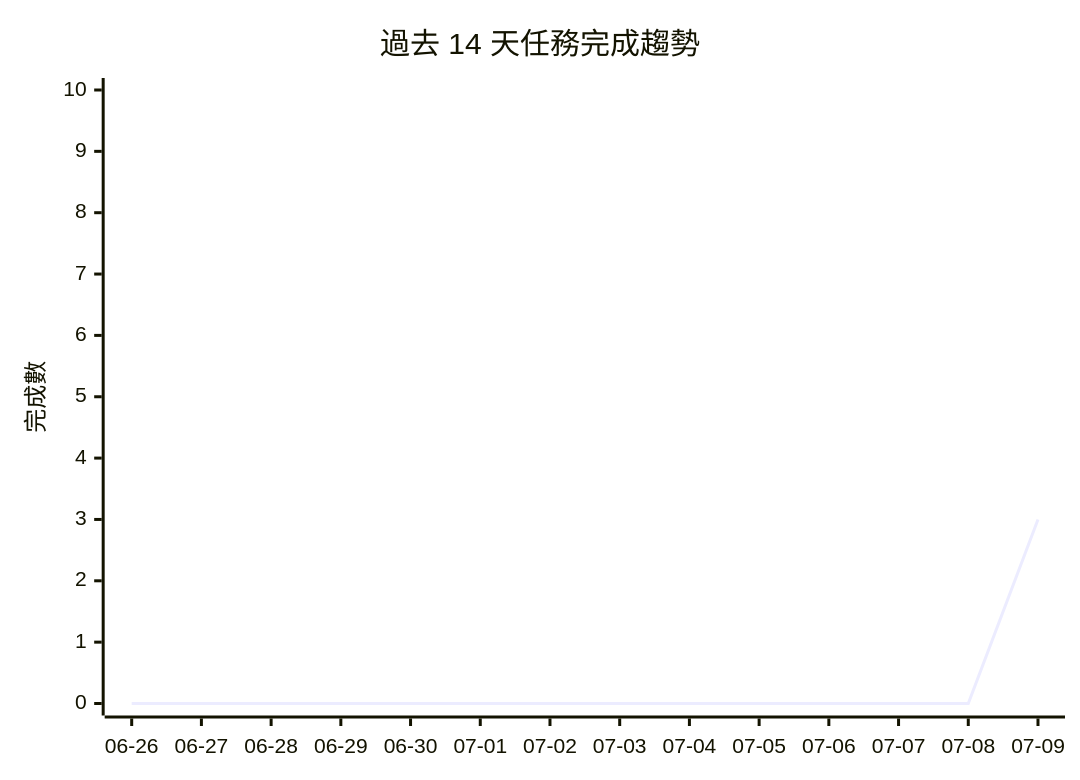
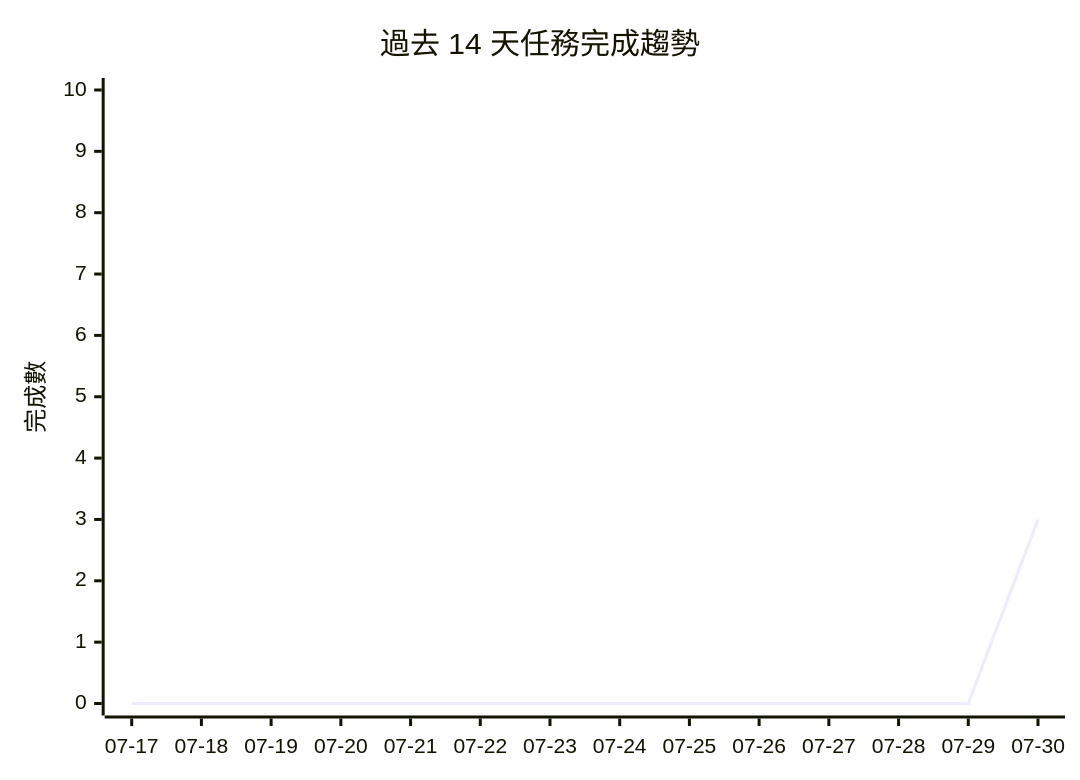
The diagram in PROJECTS.md (gentoobreaking/ai-tasks), drawn with Mermaid before and after one commit. The commit also changed other lines of this file and 71 other files, not shown here.

````diff
--- a/PROJECTS.md
+++ b/PROJECTS.md
@@ -148,7 +160,7 @@
 ```mermaid
 xychart-beta
     title "過去 14 天任務完成趨勢"
-    x-axis ["06-26", "06-27", "06-28", "06-29", "06-30", "07-01", "07-02", "07-03", "07-04", "07-05", "07-06", "07-07", "07-08", "07-09"]
+    x-axis ["07-17", "07-18", "07-19", "07-20", "07-21", "07-22", "07-23", "07-24", "07-25", "07-26", "07-27", "07-28", "07-29", "07-30"]
     y-axis "完成數" 0 --> 10
     line [0, 0, 0, 0, 0, 0, 0, 0, 0, 0, 0, 0, 0, 3]
 ```
````
